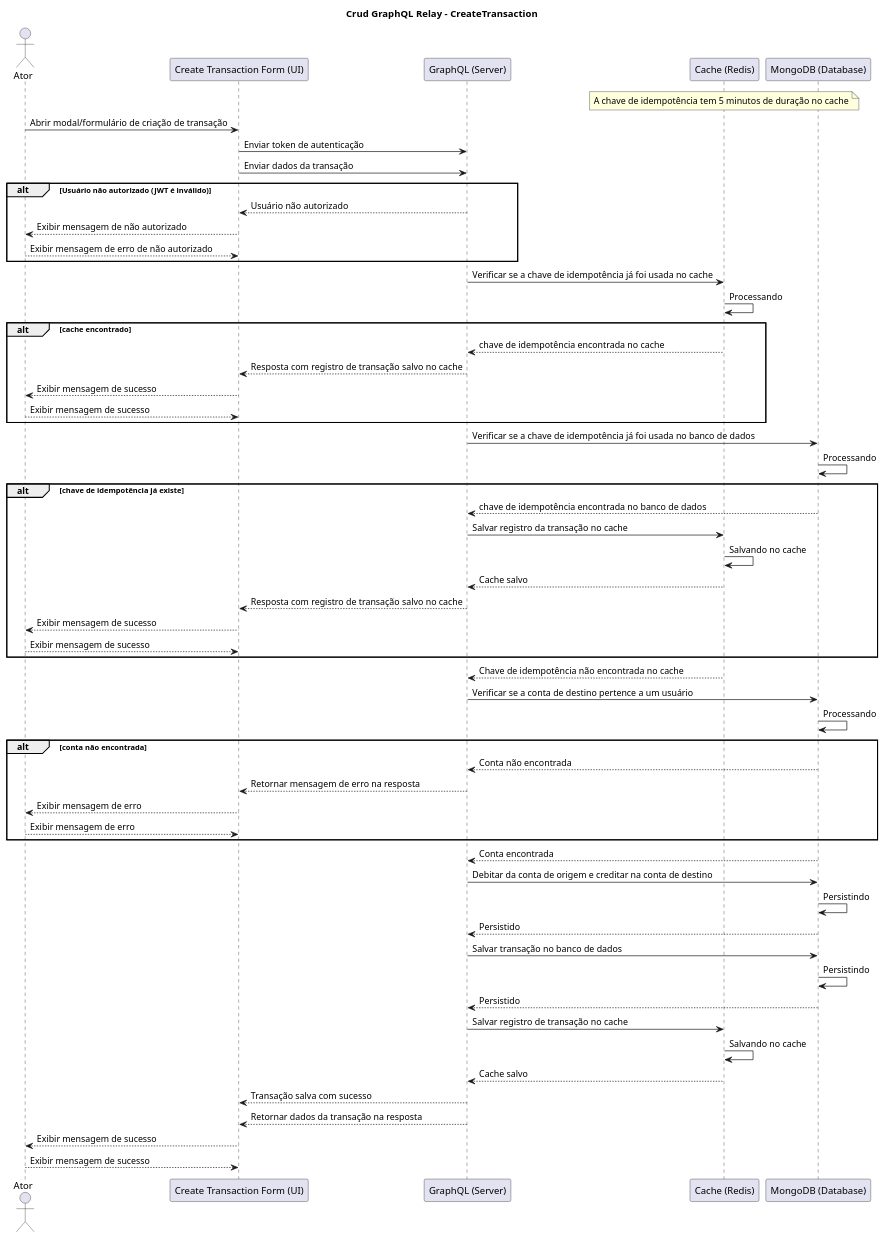
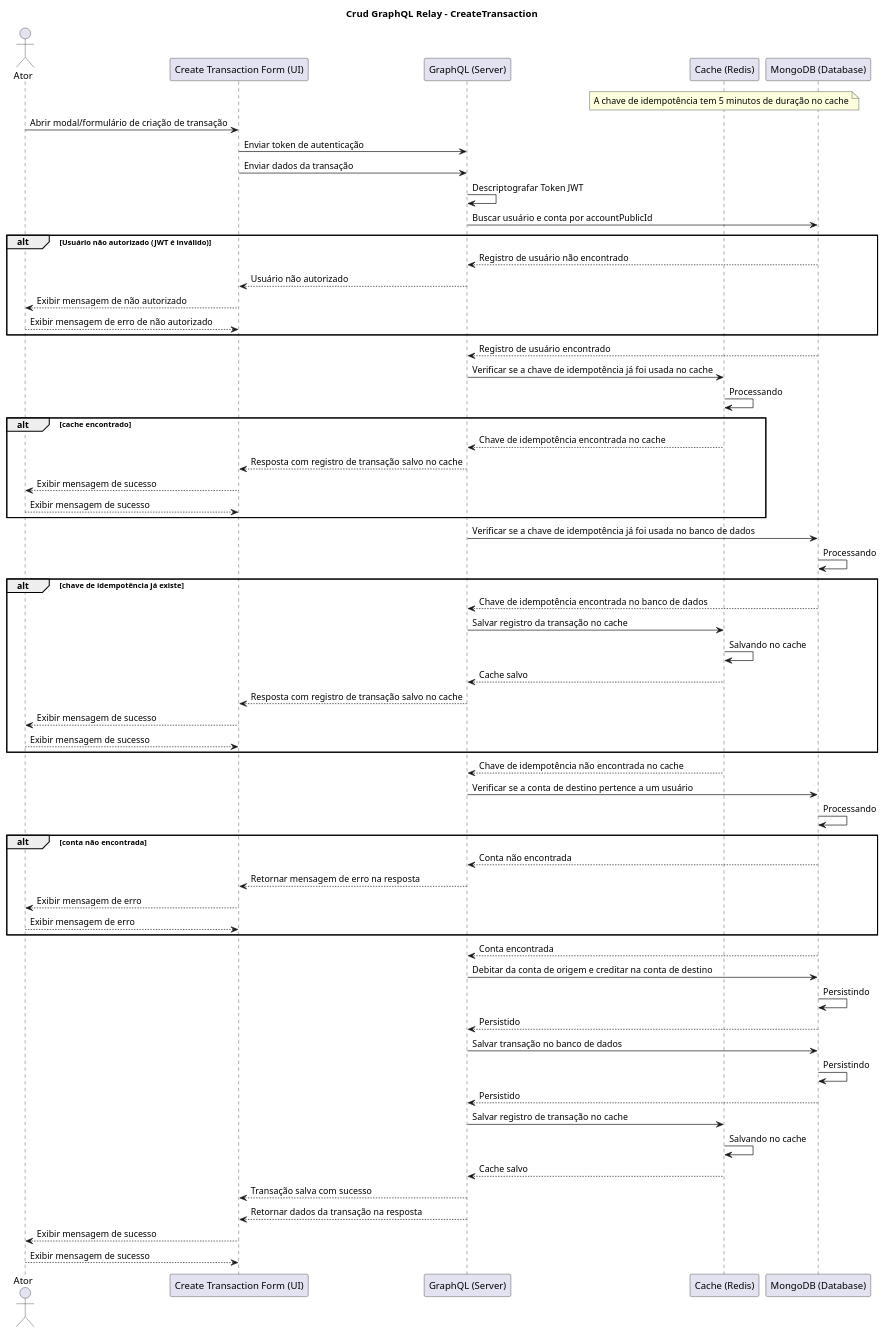
One commit to HallexCosta/woovi-fullstack-challenger changed the diagram in docs/diagrams/pt-BR/crud-graphql-relay-sequence-diagram.plantuml. Above: the diagram before and after it, drawn with PlantUML. The commit also changed 1 other file, not shown here.

Commit message:
docs: add in diagram decrypt jwt and find account

```diff
--- a/docs/diagrams/pt-BR/crud-graphql-relay-sequence-diagram.plantuml
+++ b/docs/diagrams/pt-BR/crud-graphql-relay-sequence-diagram.plantuml
@@ -1,67 +1,71 @@
 @startuml Crud GraphQL Relay - CreateTransaction
 actor "Ator"
 title Crud GraphQL Relay - CreateTransaction
 
 participant "Create Transaction Form (UI)" as CreateTransactionForm
 participant "GraphQL (Server)" as GraphQLServer
 participant "Cache (Redis)" as RedisCache
 participant "MongoDB (Database)" as MongoDB
 
 note over RedisCache: A chave de idempotência tem 5 minutos de duração no cache
 
 "Ator" -> CreateTransactionForm: Abrir modal/formulário de criação de transação
 CreateTransactionForm -> GraphQLServer: Enviar token de autenticação
 CreateTransactionForm -> GraphQLServer: Enviar dados da transação
+GraphQLServer -> GraphQLServer: Descriptografar Token JWT
+GraphQLServer -> MongoDB: Buscar usuário e conta por accountPublicId
 
 alt Usuário não autorizado (JWT é inválido)
+  GraphQLServer <-- MongoDB: Registro de usuário não encontrado
   CreateTransactionForm <-- GraphQLServer: Usuário não autorizado
   "Ator" <-- CreateTransactionForm: Exibir mensagem de não autorizado
   return Exibir mensagem de erro de não autorizado
 end
 
+GraphQLServer <-- MongoDB: Registro de usuário encontrado
 GraphQLServer -> RedisCache: Verificar se a chave de idempotência já foi usada no cache
 RedisCache -> RedisCache: Processando
 alt cache encontrado
-  GraphQLServer <-- RedisCache: chave de idempotência encontrada no cache
+  GraphQLServer <-- RedisCache: Chave de idempotência encontrada no cache
   CreateTransactionForm <-- GraphQLServer: Resposta com registro de transação salvo no cache
   "Ator" <-- CreateTransactionForm: Exibir mensagem de sucesso
   return Exibir mensagem de sucesso
 end
 
 GraphQLServer -> MongoDB: Verificar se a chave de idempotência já foi usada no banco de dados
 MongoDB -> MongoDB: Processando
 alt chave de idempotência já existe
-  GraphQLServer <-- MongoDB: chave de idempotência encontrada no banco de dados
+  GraphQLServer <-- MongoDB: Chave de idempotência encontrada no banco de dados
   GraphQLServer -> RedisCache: Salvar registro da transação no cache
   RedisCache -> RedisCache: Salvando no cache
   GraphQLServer <-- RedisCache: Cache salvo
   CreateTransactionForm <-- GraphQLServer: Resposta com registro de transação salvo no cache
   "Ator" <-- CreateTransactionForm: Exibir mensagem de sucesso
   return Exibir mensagem de sucesso
 end
 
 GraphQLServer <-- RedisCache: Chave de idempotência não encontrada no cache
 GraphQLServer -> MongoDB: Verificar se a conta de destino pertence a um usuário
 MongoDB -> MongoDB: Processando
 alt conta não encontrada
   GraphQLServer <-- MongoDB: Conta não encontrada
   CreateTransactionForm <-- GraphQLServer: Retornar mensagem de erro na resposta
   "Ator" <-- CreateTransactionForm: Exibir mensagem de erro
   return Exibir mensagem de erro
 end
 GraphQLServer <-- MongoDB: Conta encontrada
 GraphQLServer -> MongoDB: Debitar da conta de origem e creditar na conta de destino
 MongoDB -> MongoDB: Persistindo
 GraphQLServer <-- MongoDB: Persistido
 GraphQLServer -> MongoDB: Salvar transação no banco de dados
 MongoDB -> MongoDB: Persistindo
 GraphQLServer <-- MongoDB: Persistido
 GraphQLServer -> RedisCache: Salvar registro de transação no cache
 RedisCache -> RedisCache: Salvando no cache
 GraphQLServer <-- RedisCache: Cache salvo
 
-CreateTransactionForm <--GraphQLServer: Transação salva com sucesso
-CreateTransactionForm <--GraphQLServer: Retornar dados da transação na resposta
-"Ator" <--CreateTransactionForm: Exibir mensagem de sucesso
+CreateTransactionForm <-- GraphQLServer: Transação salva com sucesso
+CreateTransactionForm <-- GraphQLServer: Retornar dados da transação na resposta
+"Ator" <-- CreateTransactionForm: Exibir mensagem de sucesso
 return Exibir mensagem de sucesso
 @enduml
```
